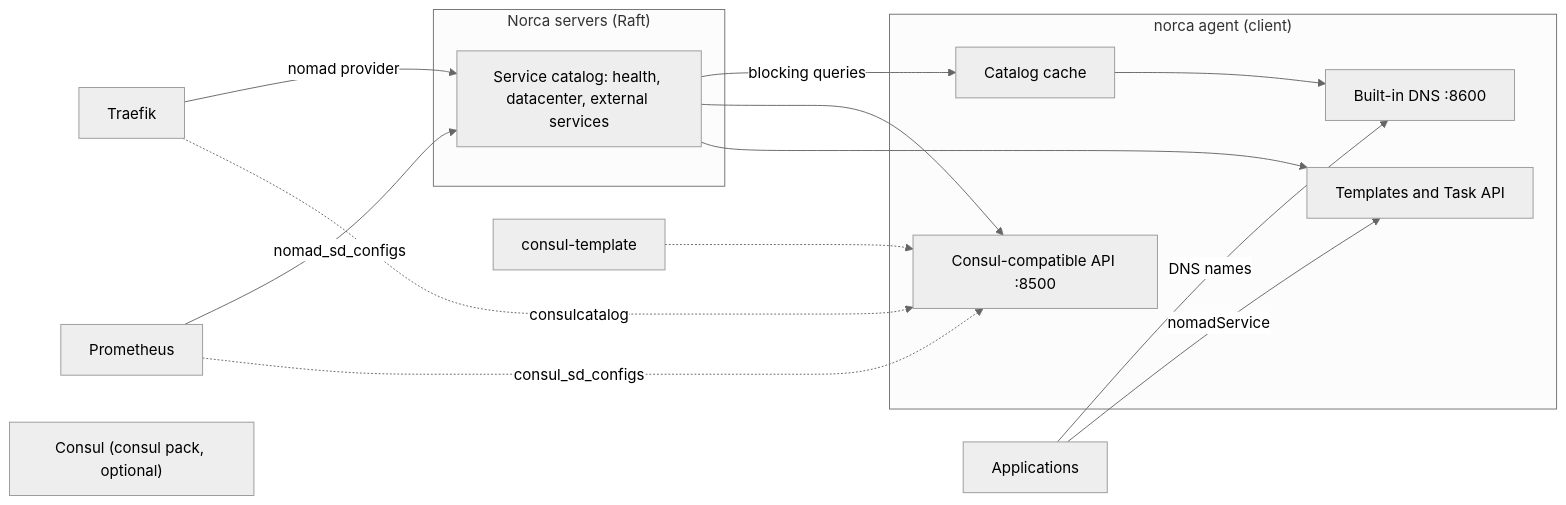
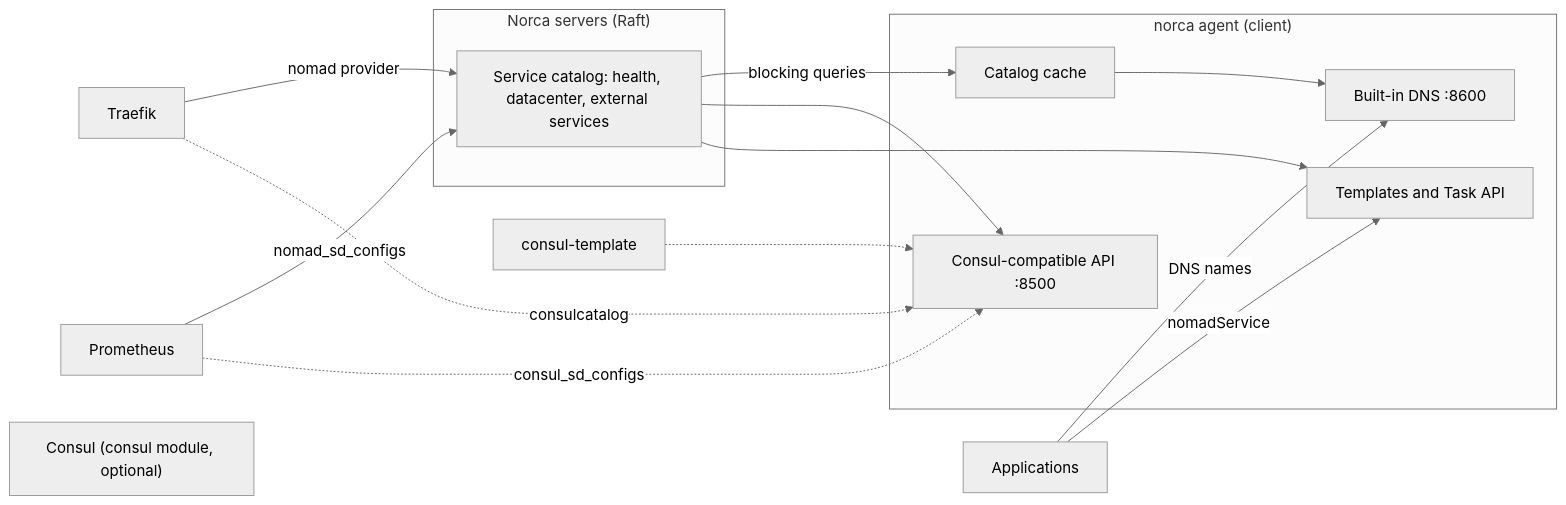
Before and after one commit to bacanoo-io/norca-doc: the diagram in content/docs/features/service-discovery/_index.md, drawn with Mermaid (neutral theme). The commit also changed other lines of this file and 153 other files, not shown here.

````diff
--- a/content/docs/features/service-discovery/_index.md
+++ b/content/docs/features/service-discovery/_index.md
@@ -33,24 +33,24 @@
 ```mermaid
 flowchart LR
   subgraph servers["Norca servers (Raft)"]
     catalog["Service catalog: health, datacenter, external services"]
   end
   subgraph client["norca agent (client)"]
     cache["Catalog cache"]
     dns["Built-in DNS :8600"]
     compat["Consul-compatible API :8500"]
     tapi["Templates and Task API"]
   end
   catalog -->|"blocking queries"| cache
   cache --> dns
   catalog --> compat
   catalog --> tapi
   apps["Applications"] -->|"DNS names"| dns
   apps -->|"nomadService"| tapi
   traefik["Traefik"] -->|"nomad provider"| catalog
   traefik -.->|"consulcatalog"| compat
   prom["Prometheus"] -->|"nomad_sd_configs"| catalog
   prom -.->|"consul_sd_configs"| compat
   ct["consul-template"] -.-> compat
-  consul["Consul (consul pack, optional)"]
+  consul["Consul (consul module, optional)"]
 ```
````
